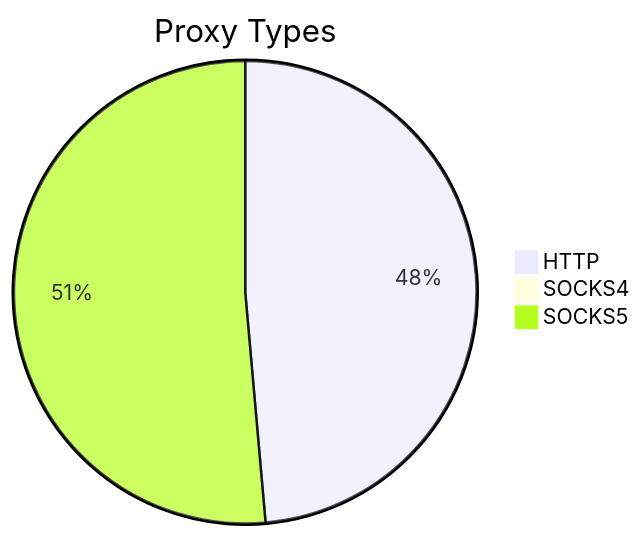
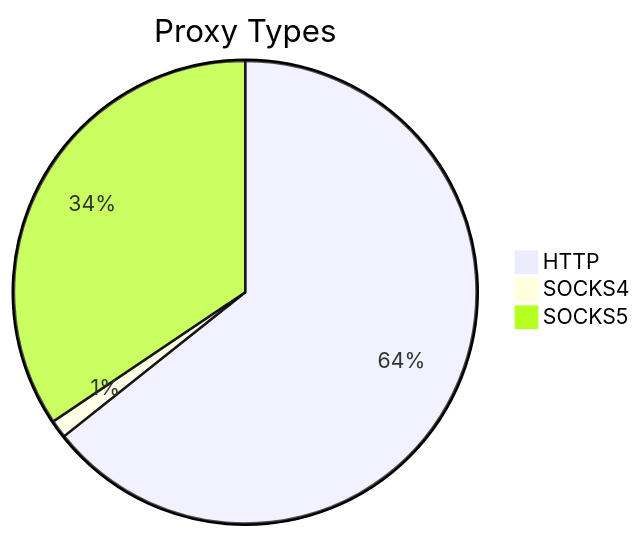
The first of 2 diagrams in README.md (stormsia/proxy-list), drawn with Mermaid before and after one commit. The commit also changed other lines of this file, not shown here.

````diff
--- a/README.md
+++ b/README.md
@@ -21,6 +21,6 @@
 ```mermaid
 pie title Proxy Types
-    "HTTP" : 780
-    "SOCKS4" : 12
-    "SOCKS5" : 825
+    "HTTP" : 2195
+    "SOCKS4" : 43
+    "SOCKS5" : 1175
 ```
````
